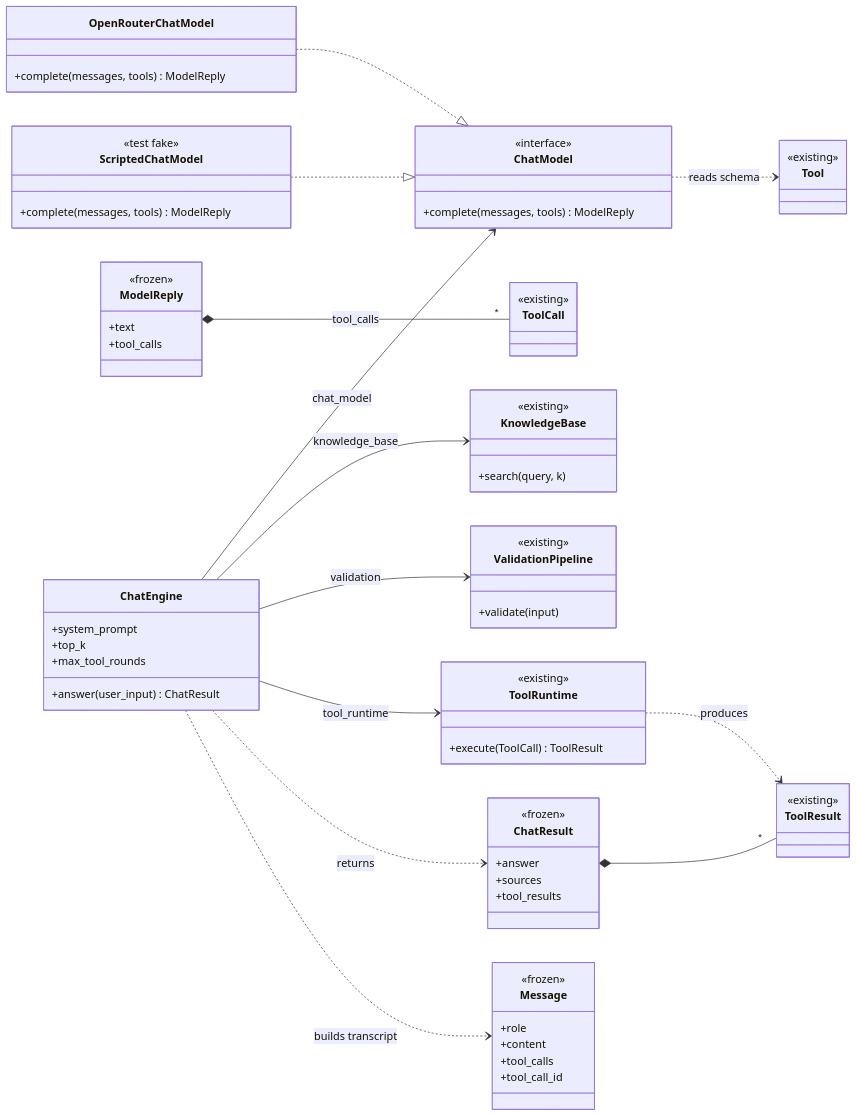
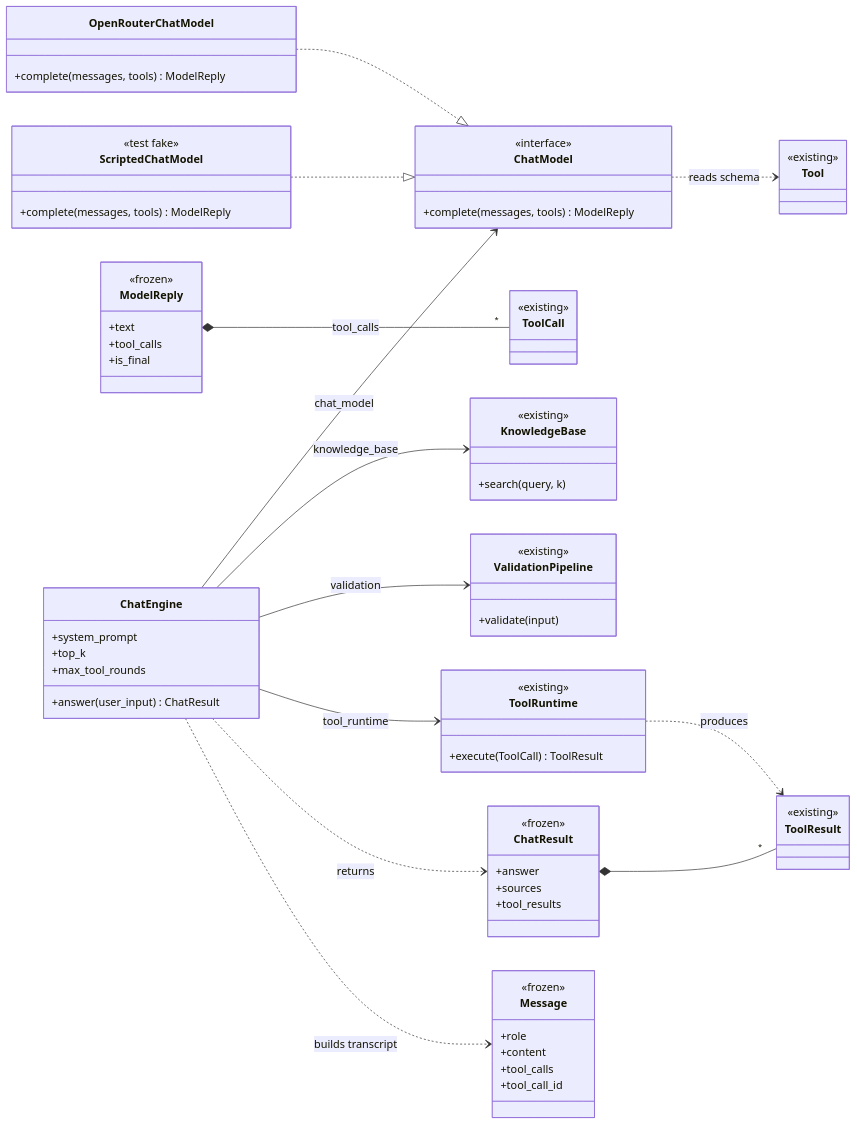
One commit to aschog/cora changed the first of 2 diagrams in docs/plans/chat-engine.md. Above: the diagram before and after it, drawn with Mermaid. The commit also changed other lines of this file, not shown here.

````diff
--- a/docs/plans/chat-engine.md
+++ b/docs/plans/chat-engine.md
@@ -27,73 +27,74 @@
 ```mermaid
 classDiagram
   direction LR
   class ChatModel {
     <<interface>>
     +complete(messages, tools) ModelReply
   }
   class Message {
     <<frozen>>
     +role
     +content
     +tool_calls
     +tool_call_id
   }
   class ModelReply {
     <<frozen>>
     +text
     +tool_calls
+    +is_final
   }
   class ChatEngine {
     +system_prompt
     +top_k
     +max_tool_rounds
     +answer(user_input) ChatResult
   }
   class ChatResult {
     <<frozen>>
     +answer
     +sources
     +tool_results
   }
   class OpenRouterChatModel {
     +complete(messages, tools) ModelReply
   }
   class ScriptedChatModel {
     <<test fake>>
     +complete(messages, tools) ModelReply
   }
   class Tool {
     <<existing>>
   }
   class ToolCall {
     <<existing>>
   }
   class ToolResult {
     <<existing>>
   }
   class ToolRuntime {
     <<existing>>
     +execute(ToolCall) ToolResult
   }
   class ValidationPipeline {
     <<existing>>
     +validate(input)
   }
   class KnowledgeBase {
     <<existing>>
     +search(query, k)
   }
 
   OpenRouterChatModel ..|> ChatModel
   ScriptedChatModel ..|> ChatModel
   ChatEngine --> ChatModel : chat_model
   ChatEngine --> KnowledgeBase : knowledge_base
   ChatEngine --> ValidationPipeline : validation
   ChatEngine --> ToolRuntime : tool_runtime
   ChatEngine ..> ChatResult : returns
   ChatEngine ..> Message : builds transcript
   ModelReply *-- "*" ToolCall : tool_calls
   ToolRuntime ..> ToolResult : produces
   ChatResult *-- "*" ToolResult
   ChatModel ..> Tool : reads schema
 ```
````
